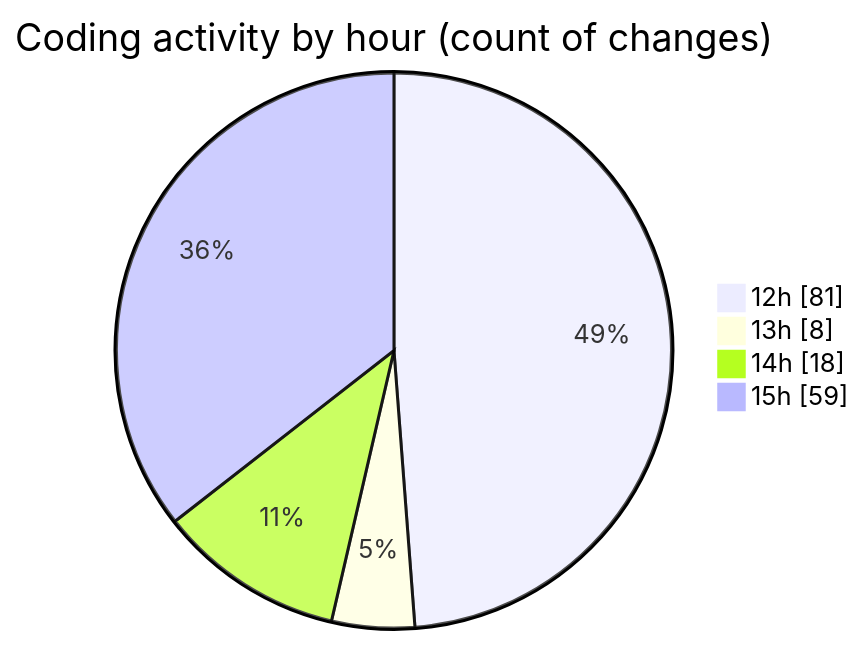
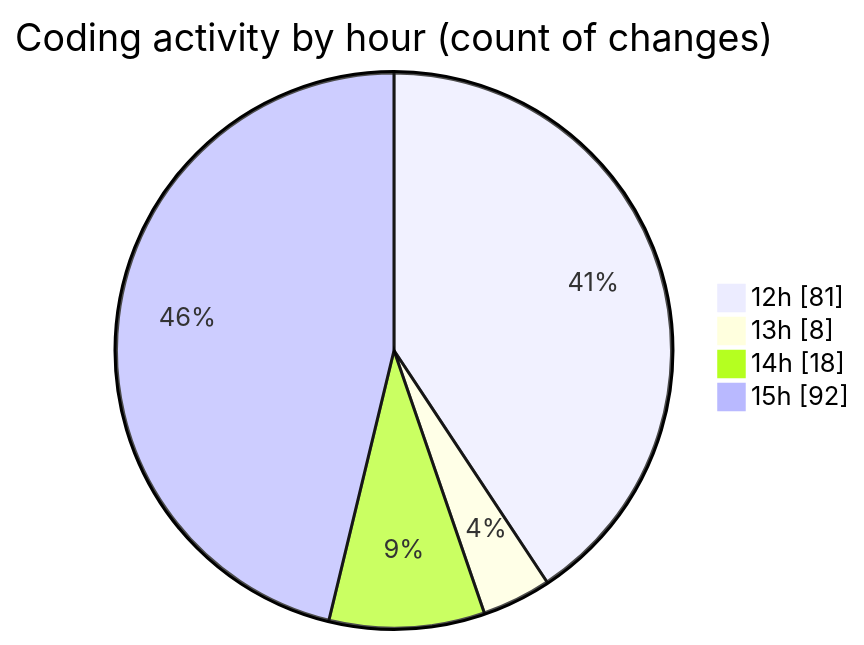
Before and after one commit to Ritupan-Deka/code-tracking: the second of 2 diagrams in 2025-12-28/rust/README.md, drawn with Mermaid. The commit also changed other lines of this file and 1 other file, not shown here.

````diff
--- a/2025-12-28/rust/README.md
+++ b/2025-12-28/rust/README.md
@@ -30,8 +30,8 @@
 ```mermaid
 pie showData
 title Coding activity by hour (count of changes)
 "12h" : 81
 "13h" : 8
 "14h" : 18
-"15h" : 59
+"15h" : 92
 ```
````
